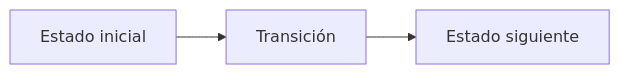
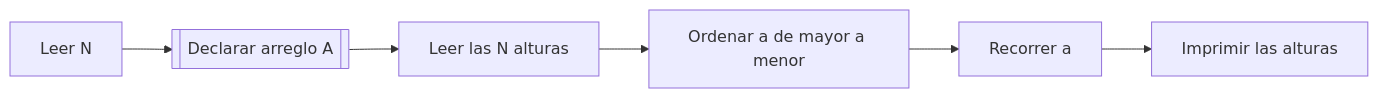
One commit to CPC-UAEH/Editoriales changed the diagram in 2025/Campamento_Otonio_2025/Concurso_de_Cierre/c31o25_wicked_for_stairs.md. Above: the diagram before and after it, drawn with Mermaid. The commit also changed other lines of this file, not shown here.

````diff
--- a/2025/Campamento_Otonio_2025/Concurso_de_Cierre/c31o25_wicked_for_stairs.md
+++ b/2025/Campamento_Otonio_2025/Concurso_de_Cierre/c31o25_wicked_for_stairs.md
@@ -85,5 +142,8 @@
 ```mermaid
 flowchart LR
-    A[Estado inicial] --> B[Transición]
-    B --> C[Estado siguiente]
+    A[Leer N] --> B[[Declarar arreglo A]]
+    B --> C[Leer las N alturas]
+    C --> D[Ordenar a de mayor a menor]
+    D --> E[Recorrer a]
+    E --> F[Imprimir las alturas]
 ```
````
